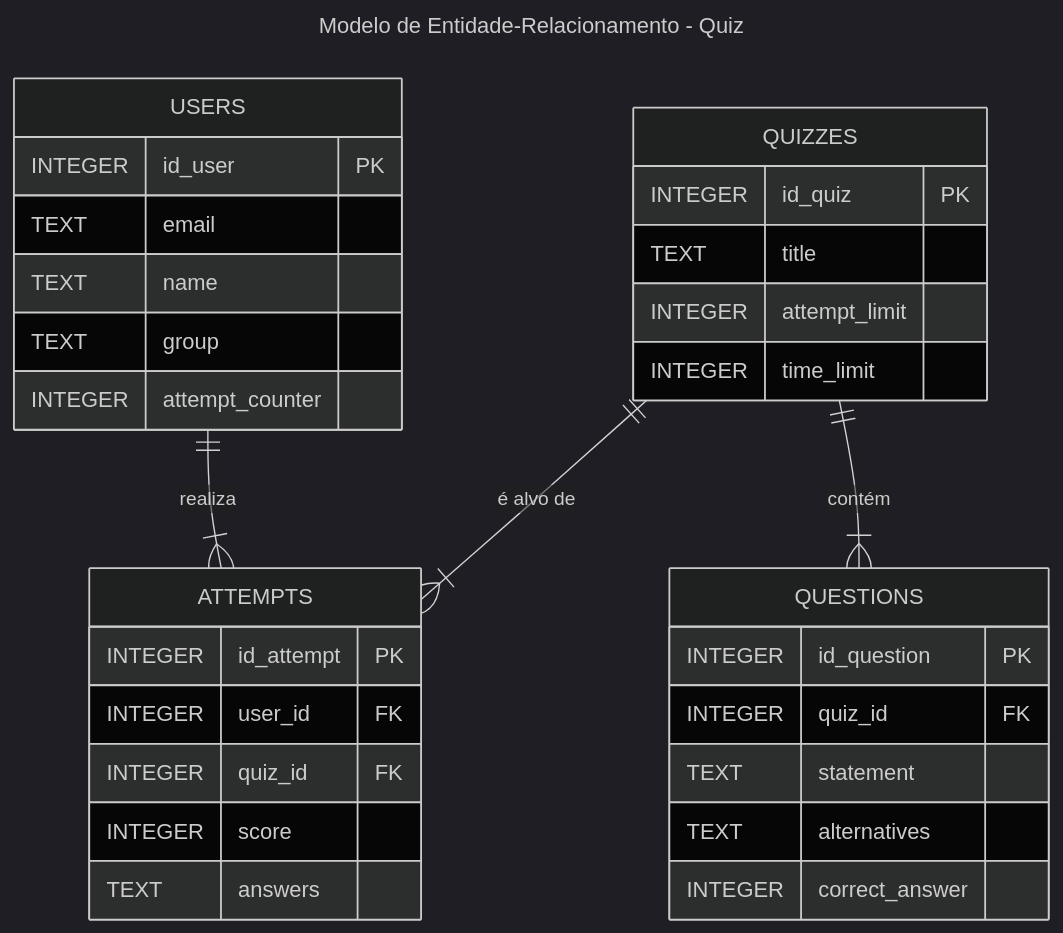
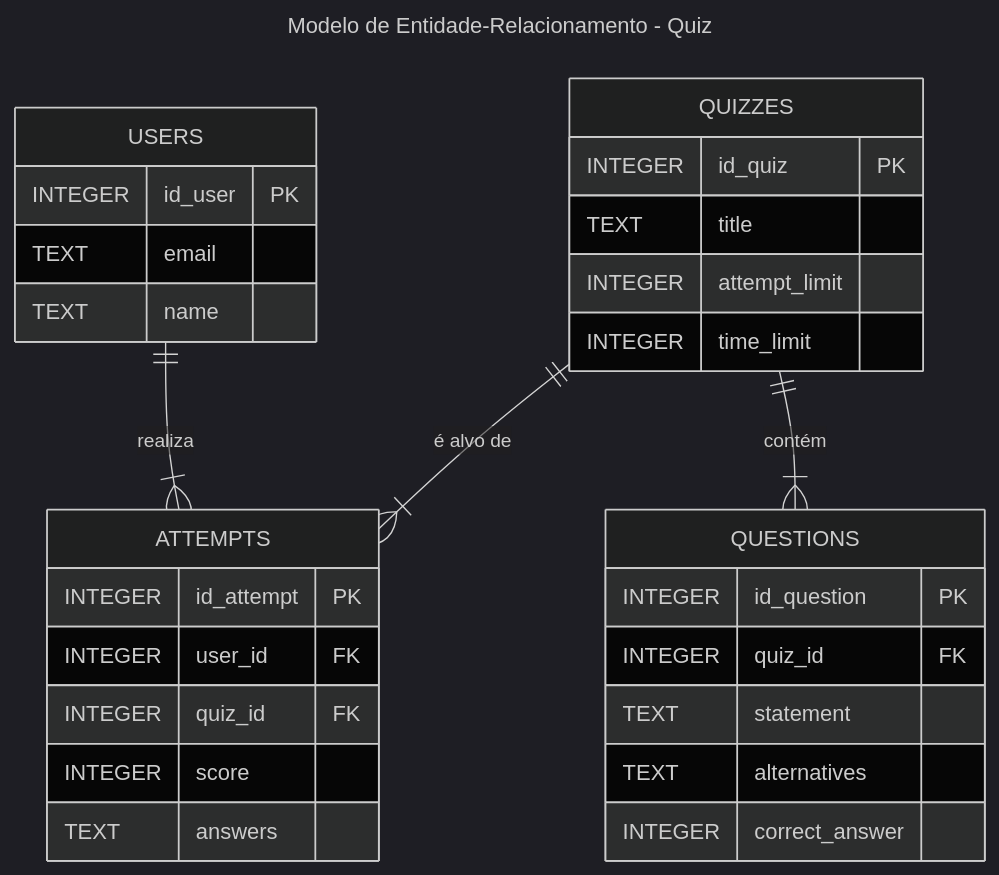
One commit to eldrayan/Projeto-POO-Engenharia-de-Software changed the second of 2 diagrams in README.md. Above: the diagram before and after it, drawn with Mermaid (dark theme). The commit also changed 21 other files, not shown here.

````diff
--- a/README.md
+++ b/README.md
@@ -116,40 +116,38 @@
 ```mermaid
 ---
 title: Modelo de Entidade-Relacionamento - Quiz
 ---
 erDiagram
     USERS {
         INTEGER id_user PK
         TEXT email
         TEXT name
-        TEXT group
-        INTEGER attempt_counter
     }
 
     QUIZZES {
         INTEGER id_quiz PK
         TEXT title
         INTEGER attempt_limit
         INTEGER time_limit
     }
 
     QUESTIONS {
         INTEGER id_question PK
         INTEGER quiz_id FK
         TEXT statement
         TEXT alternatives
         INTEGER correct_answer
     }
 
     ATTEMPTS {
         INTEGER id_attempt PK
         INTEGER user_id FK
         INTEGER quiz_id FK
         INTEGER score
         TEXT answers
     }
 
     USERS ||--|{ ATTEMPTS : "realiza"
     QUIZZES ||--|{ QUESTIONS : "contém"
     QUIZZES ||--|{ ATTEMPTS : "é alvo de"
 ```
````
